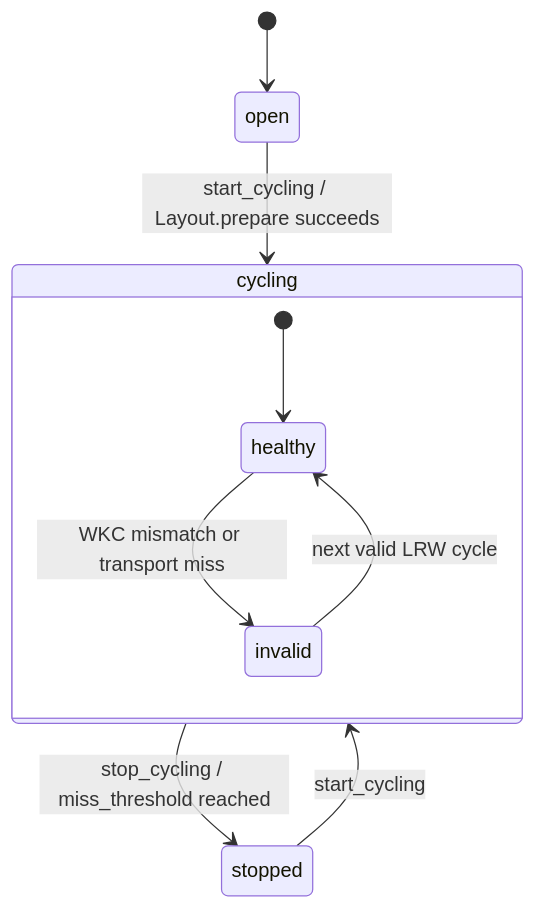
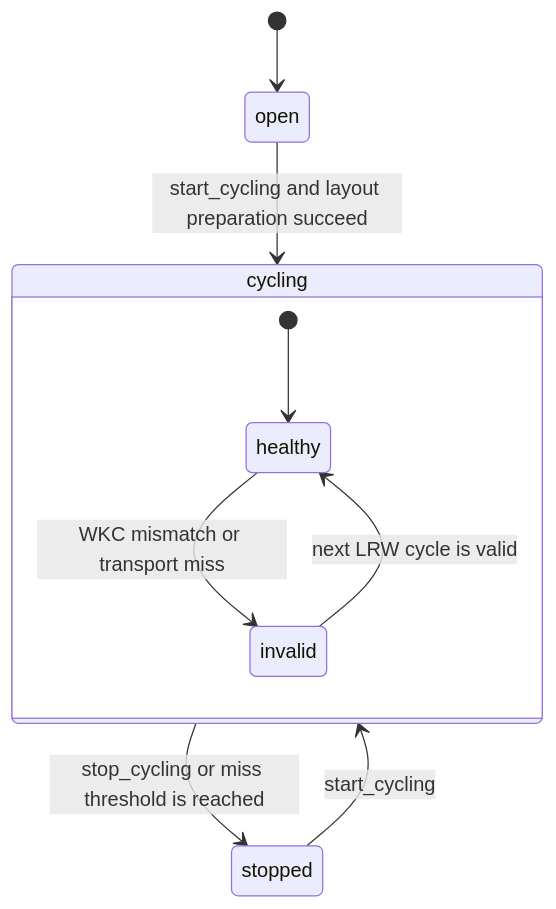
The sixth of 7 diagrams in README.md (sid2baker/ethercat), drawn with Mermaid before and after one commit. The commit also changed other lines of this file and 2 other files, not shown here.

First line of the commit message:
docs: improve Mermaid lifecycle diagrams

````diff
--- a/README.md
+++ b/README.md
@@ -303,13 +314,13 @@
 ```mermaid
 stateDiagram-v2
     [*] --> open
-    open --> cycling: start_cycling / Layout.prepare succeeds
-    cycling --> stopped: stop_cycling / miss_threshold reached
+    open --> cycling: start_cycling and layout preparation succeed
+    cycling --> stopped: stop_cycling or miss threshold is reached
     stopped --> cycling: start_cycling
 
     state cycling {
         [*] --> healthy
         healthy --> invalid: WKC mismatch or transport miss
-        invalid --> healthy: next valid LRW cycle
+        invalid --> healthy: next LRW cycle is valid
     }
 ```
````
